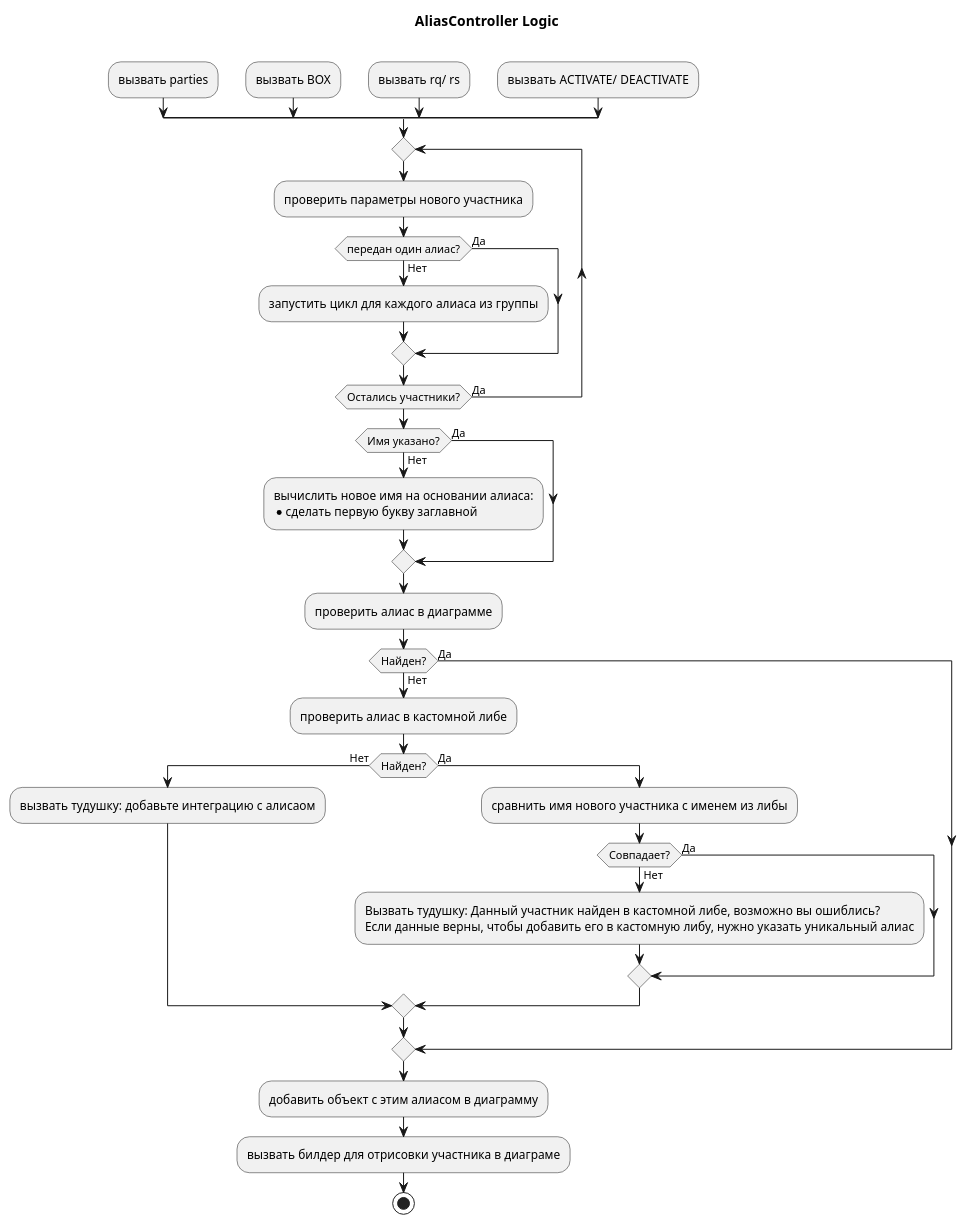
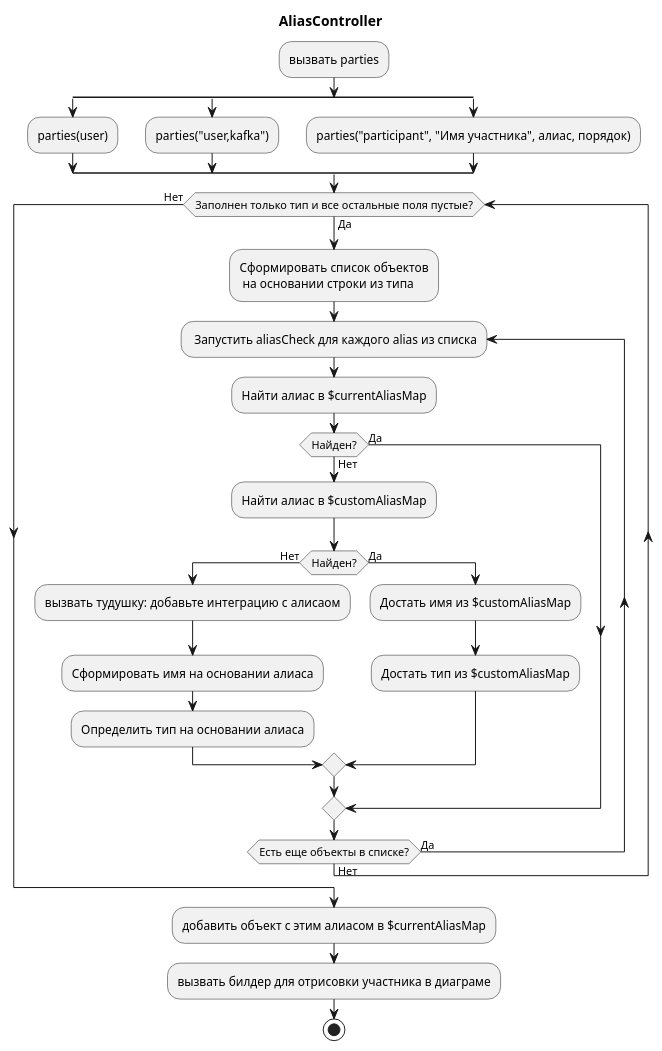
The diagram in SequenceLib/src/customerEnviroment/major5/partiesLogicActivity.puml (leraRadicovich/PlantUML_SequenceLib), drawn with PlantUML before and after one commit. The commit also changed 2 other files, not shown here.

Commit message:
* Документация по alias controller

```diff
--- a/SequenceLib/src/customerEnviroment/major5/partiesLogicActivity.puml
+++ b/SequenceLib/src/customerEnviroment/major5/partiesLogicActivity.puml
@@ -1,47 +1,37 @@
 @startuml
-title "AliasController Logic"
+title "AliasController"
+
+:вызвать parties;
 split
--[hidden]->
-:вызвать parties;
+:parties(user);
 split again
--[hidden]->
-:вызвать BOX;
+:parties("user,kafka");
 split again
--[hidden]->
-:вызвать rq/ rs;
-split again
--[hidden]->
-:вызвать ACTIVATE/ DEACTIVATE;
+:parties("participant", "Имя участника", алиас, порядок);
 end split
-repeat
-:проверить параметры нового участника;
-if(передан один алиас?) then(Нет)
-    :запустить цикл для каждого алиаса из группы;
-else(Да)
-endif
-repeat while (Остались участники?) is (Да)
-if(Имя указано?) then(Нет)
-    :вычислить новое имя на основании алиаса:
-    * сделать первую букву заглавной;
-else(Да)
-endif
-:проверить алиас в диаграмме;
-if(Найден?) then(Нет)
-    :проверить алиас в кастомной либе;
-    if(Найден?) then(Нет)
-        :вызвать тудушку: добавьте интеграцию с алисаом;
-    else(Да)
-        :сравнить имя нового участника с именем из либы;
-        if(Совпадает?) then(Нет)
-            :Вызвать тудушку: Данный участник найден в кастомной либе, возможно вы ошиблись?
-            Если данные верны, чтобы добавить его в кастомную либу, нужно указать уникальный алиас;
+while (Заполнен только тип и все остальные поля пустые?) is (Да)
+    :Сформировать список объектов
+     на основании строки из типа;
+    repeat: Запустить aliasCheck для каждого alias из списка;
+        :Найти алиас в $currentAliasMap;
+        if(Найден?) then(Нет)
+            :Найти алиас в $customAliasMap;
+            if(Найден?) then(Нет)
+                :вызвать тудушку: добавьте интеграцию с алисаом;
+                :Сформировать имя на основании алиаса;
+                :Определить тип на основании алиаса;
+            else(Да)
+                :Достать имя из $customAliasMap;
+                :Достать тип из $customAliasMap;
+            endif
         else(Да)
         endif
-    endif
-else(Да)
-endif
-:добавить объект с этим алиасом в диаграмму;
+    repeat while (Есть еще объекты в списке?) is (Да) not (Нет)
+
+endwhile (Нет)
+:добавить объект с этим алиасом в $currentAliasMap;
 :вызвать билдер для отрисовки участника в диаграме;
+
 stop
 
 @enduml
```
